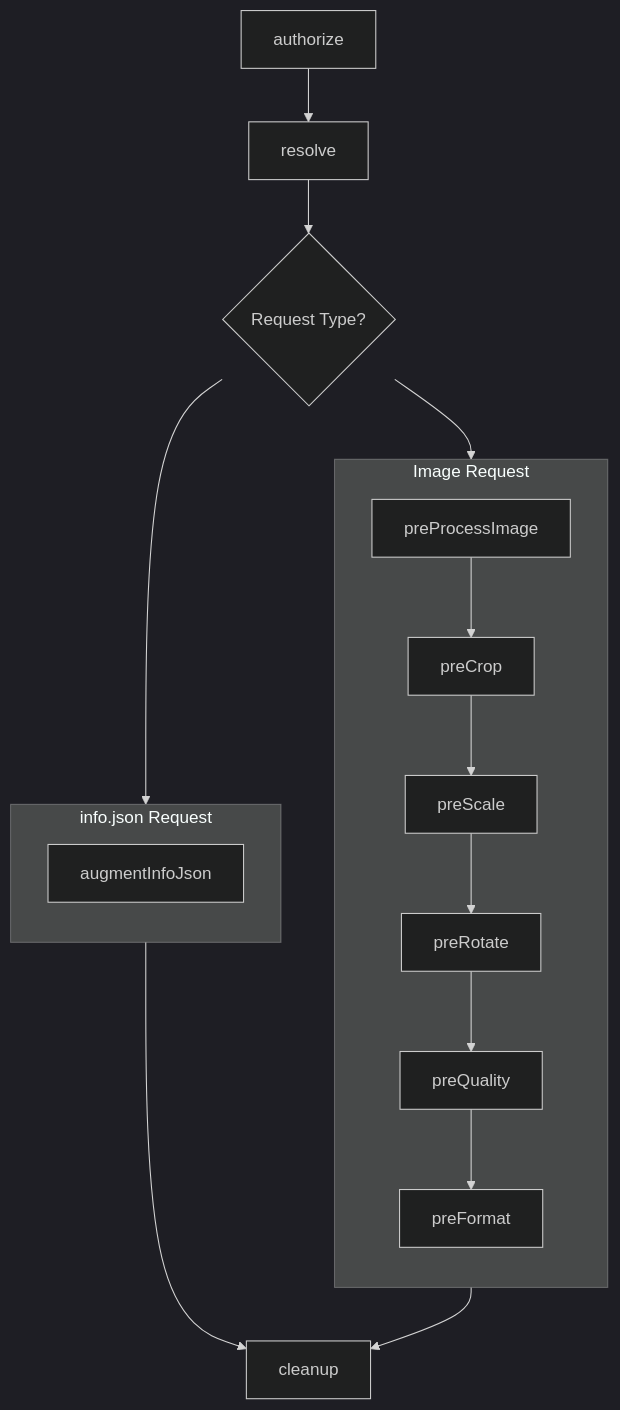
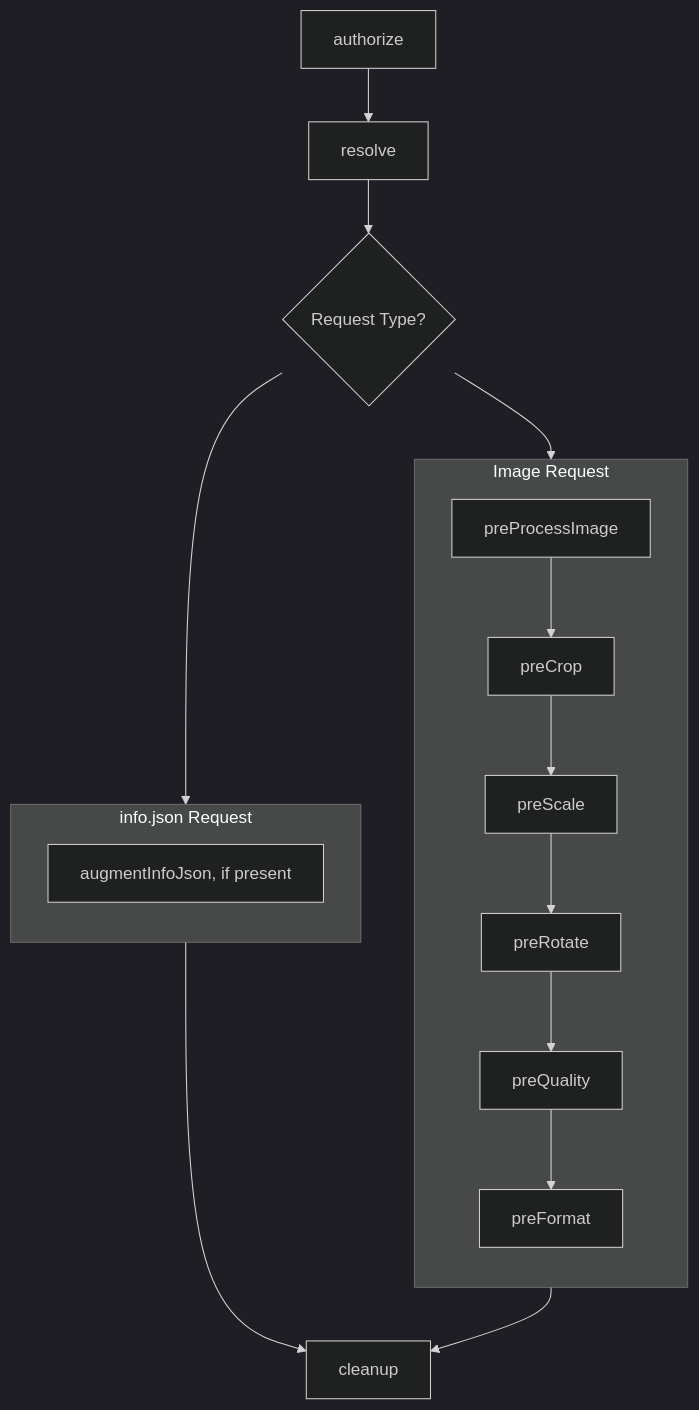
One commit to dbmdz/wolpi changed the second of 2 diagrams in docs/concepts/extension-execution-model.md. Above: the diagram before and after it, drawn with Mermaid (dark theme). The commit also changed other lines of this file and 3 other files, not shown here.

````diff
--- a/docs/concepts/extension-execution-model.md
+++ b/docs/concepts/extension-execution-model.md
@@ -41,35 +59,35 @@
 ```mermaid
 graph TB
   A[authorize] --> B[resolve] --> C{Request Type?};
 
   subgraph SA[Image Request]
     direction TB
     D[preProcessImage] --> E[preCrop];
     E --> F[preScale];
     F --> G[preRotate];
     G --> H[preQuality];
     H --> I[preFormat];
   end
 
   subgraph SB[info.json Request]
     direction TB
-    K[augmentInfoJson];
+    K[augmentInfoJson, if present];
   end
 
   I --> J[cleanup];
   K --> J;
 
   C --> SA;
   C --> SB;
 
   click A href "../extension-development.md#authorize-hook"
   click B href "../extension-development.md#resolve-hook"
   click D href "../extension-development.md#preprocessimage-hook"
   click E href "../extension-development.md#image-processing-hooks"
   click F href "../extension-development.md#image-processing-hooks"
   click G href "../extension-development.md#image-processing-hooks"
   click H href "../extension-development.md#image-processing-hooks"
   click I href "../extension-development.md#preformat-hook"
   click J href "../extension-development.md#cleanup-hook"
   click K href "../extension-development.md#augmentinfojson-hook"
 ```
````
